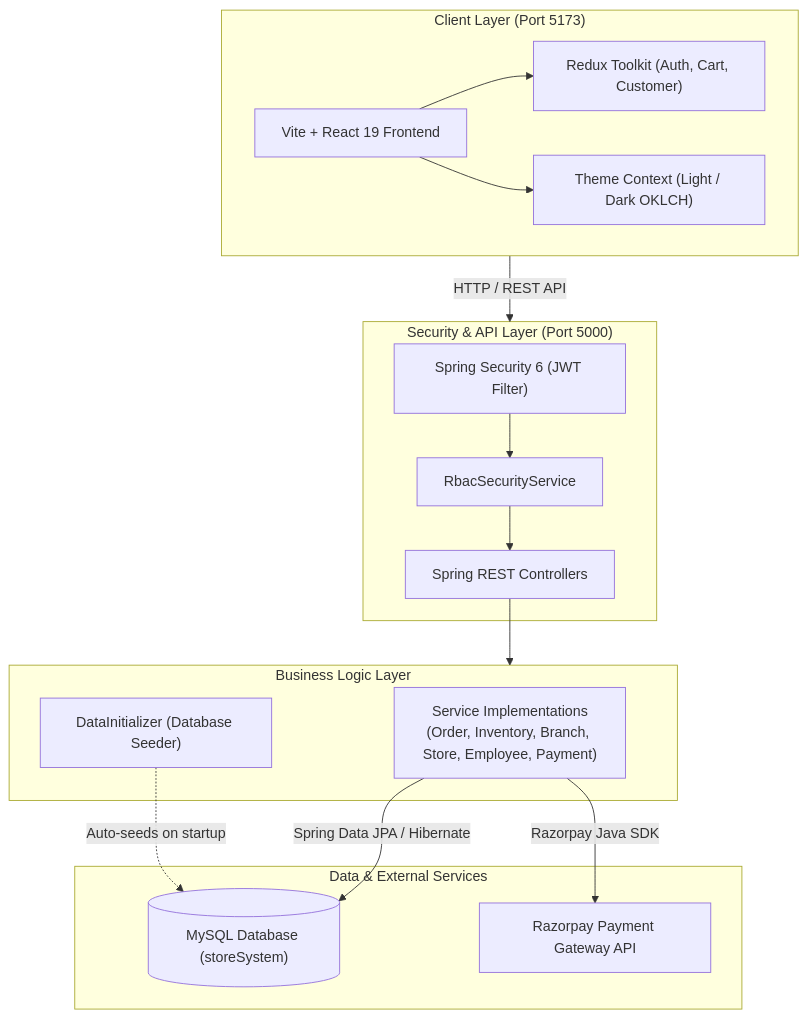
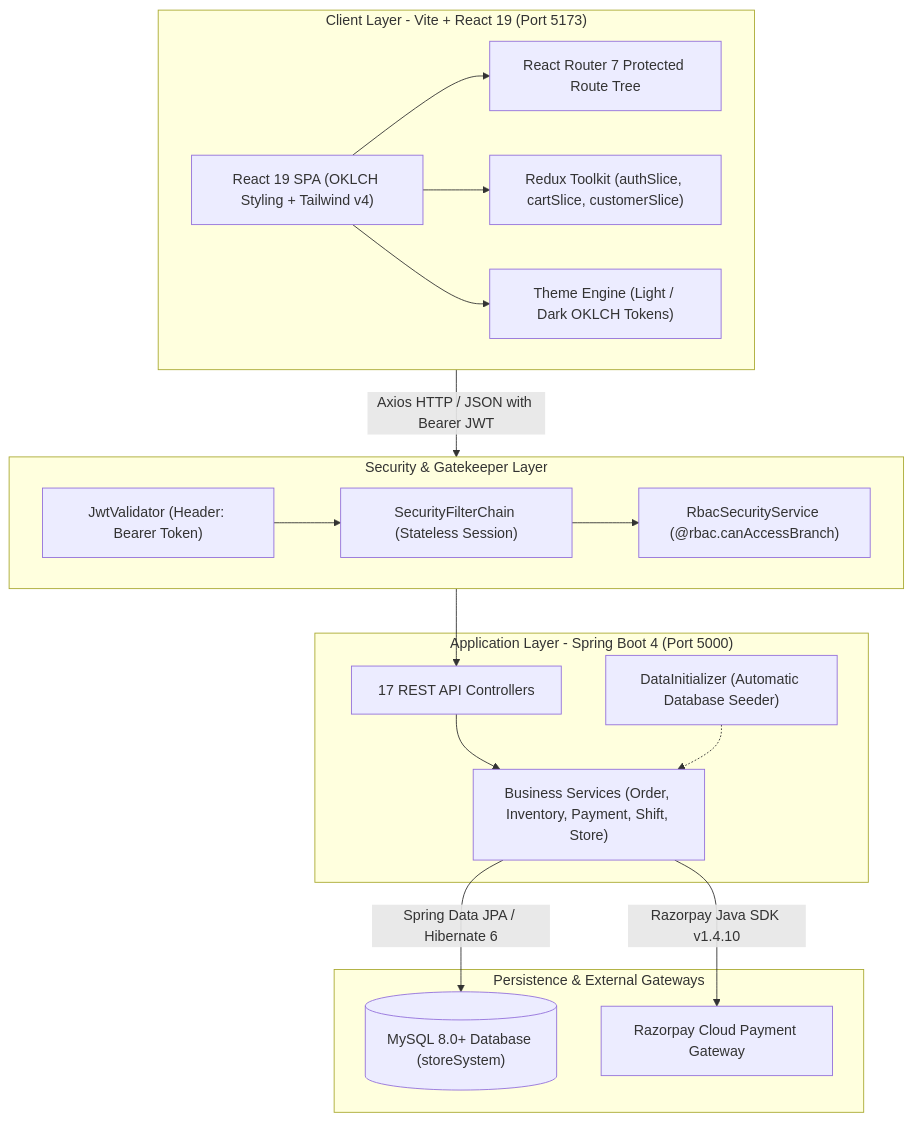
The first of 4 diagrams in README.md (VIVEK23J/zosh-pos-system), drawn with Mermaid before and after one commit. The commit also changed other lines of this file, not shown here.

````diff
--- a/README.md
+++ b/README.md
@@ -80,33 +105,37 @@
 ```mermaid
 flowchart TD
-    subgraph Client ["Client Layer (Port 5173)"]
-        UI["Vite + React 19 Frontend"]
-        Redux["Redux Toolkit (Auth, Cart, Customer)"]
-        Theme["Theme Context (Light / Dark OKLCH)"]
+    subgraph Client ["Client Layer - Vite + React 19 (Port 5173)"]
+        UI["React 19 SPA (OKLCH Styling + Tailwind v4)"]
+        Redux["Redux Toolkit (authSlice, cartSlice, customerSlice)"]
+        Theme["Theme Engine (Light / Dark OKLCH Tokens)"]
+        Router["React Router 7 Protected Route Tree"]
+        UI --> Router
         UI --> Redux
         UI --> Theme
     end
 
-    subgraph Gateway ["Security & API Layer (Port 5000)"]
-        Security["Spring Security 6 (JWT Filter)"]
-        RBAC["RbacSecurityService"]
-        Controllers["Spring REST Controllers"]
-        Security --> RBAC --> Controllers
+    subgraph Security ["Security & Gatekeeper Layer"]
+        JwtFilter["JwtValidator (Header: Bearer Token)"]
+        SecConfig["SecurityFilterChain (Stateless Session)"]
+        Rbac["RbacSecurityService (@rbac.canAccessBranch)"]
+        JwtFilter --> SecConfig --> Rbac
     end
 
-    subgraph Service ["Business Logic Layer"]
-        Services["Service Implementations\n(Order, Inventory, Branch, Store, Employee, Payment)"]
-        DataInit["DataInitializer (Database Seeder)"]
+    subgraph Backend ["Application Layer - Spring Boot 4 (Port 5000)"]
+        Controllers["17 REST API Controllers"]
+        Services["Business Services (Order, Inventory, Payment, Shift, Store)"]
+        DataInit["DataInitializer (Automatic Database Seeder)"]
+        Controllers --> Services
+        DataInit -.-> Services
     end
 
-    subgraph Persistence ["Data & External Services"]
-        MySQL[("MySQL Database (storeSystem)")]
-        RazorpayAPI["Razorpay Payment Gateway API"]
+    subgraph Persistence ["Persistence & External Gateways"]
+        MySQL[("MySQL 8.0+ Database (storeSystem)")]
+        RazorpayAPI["Razorpay Cloud Payment Gateway"]
     end
 
-    Client -->|"HTTP / REST API"| Gateway
-    Controllers --> Service
-    Services -->|"Spring Data JPA / Hibernate"| MySQL
-    Services -->|"Razorpay Java SDK"| RazorpayAPI
-    DataInit -.->|"Auto-seeds on startup"| MySQL
+    Client -->|"Axios HTTP / JSON with Bearer JWT"| Security
+    Security --> Controllers
+    Services -->|"Spring Data JPA / Hibernate 6"| MySQL
+    Services -->|"Razorpay Java SDK v1.4.10"| RazorpayAPI
 ```
````
